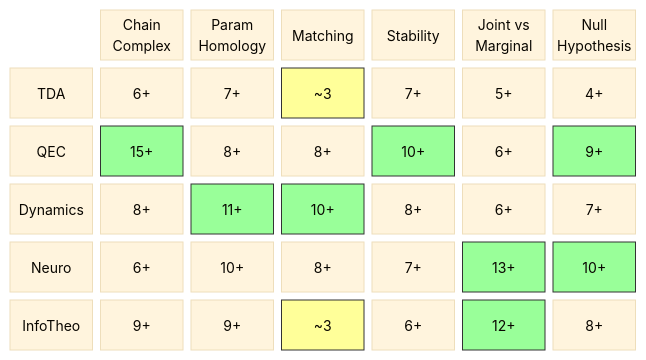
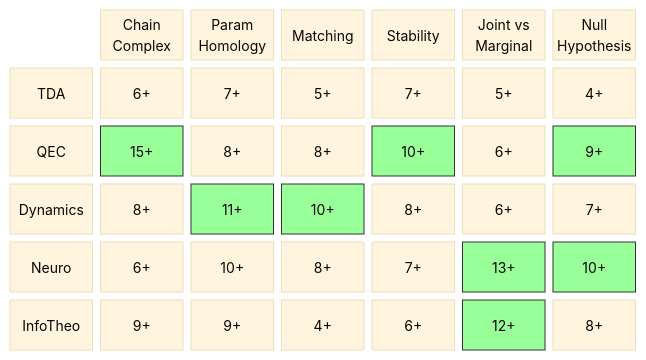
Before and after one commit to musicofhel/topoyolo: the diagram in diagrams/coverage-matrix.md, drawn with Mermaid. The commit also changed other lines of this file and 7 other files, not shown here.

````diff
--- a/diagrams/coverage-matrix.md
+++ b/diagrams/coverage-matrix.md
@@ -20,24 +20,21 @@
 ```mermaid
 %%{init: {'theme': 'base', 'themeVariables': {'fontSize': '14px'}}}%%
 block-beta
   columns 7
 
   space:1 CC["Chain\nComplex"] PH["Param\nHomology"] MA["Matching"] ST["Stability"] JM["Joint vs\nMarginal"] NH["Null\nHypothesis"]
 
-  TDA["TDA"] TDA_CC["6+"] TDA_PH["7+"] TDA_MA["~3"] TDA_ST["7+"] TDA_JM["5+"] TDA_NH["4+"]
+  TDA["TDA"] TDA_CC["6+"] TDA_PH["7+"] TDA_MA["5+"] TDA_ST["7+"] TDA_JM["5+"] TDA_NH["4+"]
   QEC["QEC"] QEC_CC["15+"] QEC_PH["8+"] QEC_MA["8+"] QEC_ST["10+"] QEC_JM["6+"] QEC_NH["9+"]
   DYN["Dynamics"] DYN_CC["8+"] DYN_PH["11+"] DYN_MA["10+"] DYN_ST["8+"] DYN_JM["6+"] DYN_NH["7+"]
   NEU["Neuro"] NEU_CC["6+"] NEU_PH["10+"] NEU_MA["8+"] NEU_ST["7+"] NEU_JM["13+"] NEU_NH["10+"]
-  IT["InfoTheo"] IT_CC["9+"] IT_PH["9+"] IT_MA["~3"] IT_ST["6+"] IT_JM["12+"] IT_NH["8+"]
-
-  style TDA_MA fill:#ff9,stroke:#333
-  style IT_MA fill:#ff9,stroke:#333
+  IT["InfoTheo"] IT_CC["9+"] IT_PH["9+"] IT_MA["4+"] IT_ST["6+"] IT_JM["12+"] IT_NH["8+"]
   style QEC_CC fill:#9f9,stroke:#333
   style NEU_JM fill:#9f9,stroke:#333
   style IT_JM fill:#9f9,stroke:#333
   style DYN_PH fill:#9f9,stroke:#333
   style DYN_MA fill:#9f9,stroke:#333
   style QEC_ST fill:#9f9,stroke:#333
   style NEU_NH fill:#9f9,stroke:#333
   style QEC_NH fill:#9f9,stroke:#333
 ```
````
